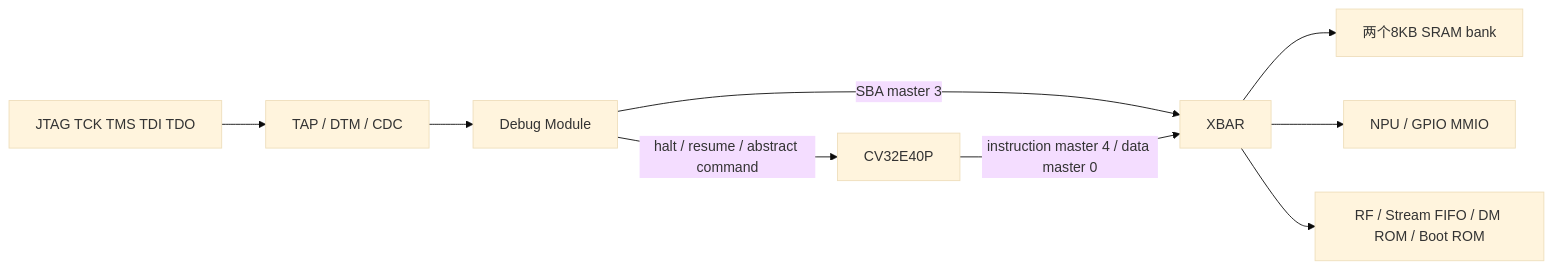
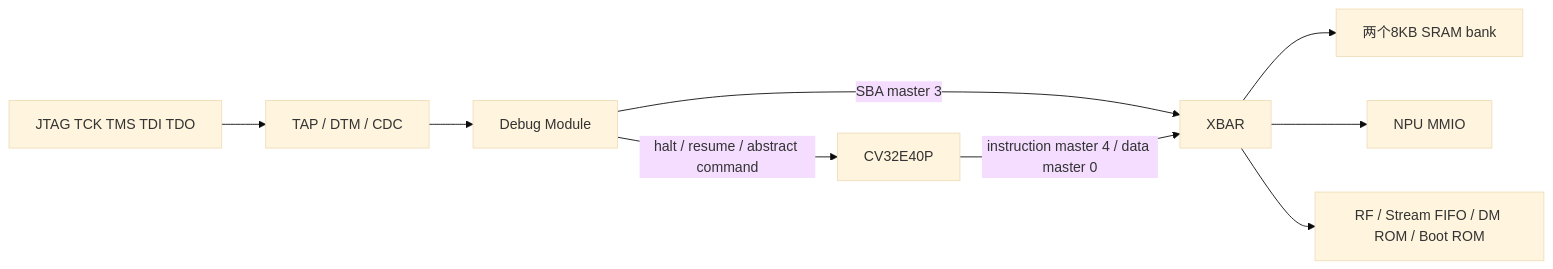
One commit to CatalpaEel/mynpu changed the diagram in npu/docs/jtag.md. Above: the diagram before and after it, drawn with Mermaid (base theme). The commit also changed 35 other files, not shown here.

````diff
--- a/npu/docs/jtag.md
+++ b/npu/docs/jtag.md
@@ -8,11 +8,11 @@
 ```mermaid
 flowchart LR
   J[JTAG TCK TMS TDI TDO] --> T[TAP / DTM / CDC]
   T --> D[Debug Module]
   D -->|halt / resume / abstract command| C[CV32E40P]
   D -->|SBA master 3| X[XBAR]
   C -->|instruction master 4 / data master 0| X
   X --> S[两个8KB SRAM bank]
-  X --> M[NPU / GPIO MMIO]
+  X --> M[NPU MMIO]
   X --> R[RF / Stream FIFO / DM ROM / Boot ROM]
 ```
````
